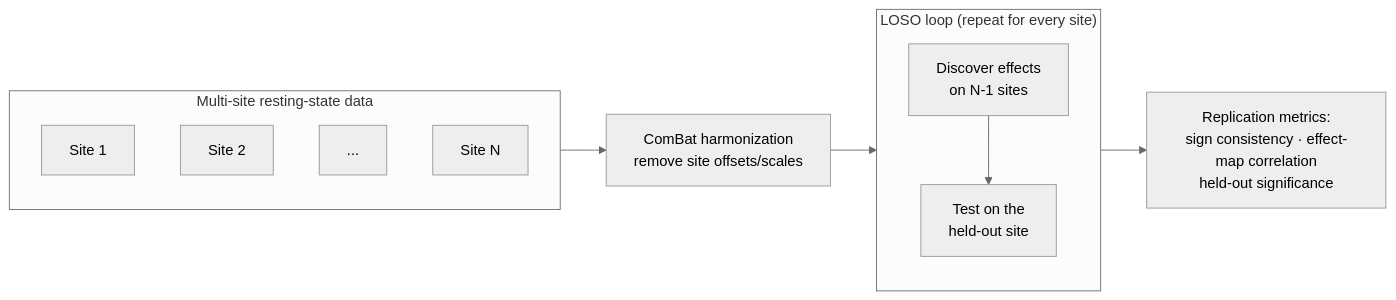
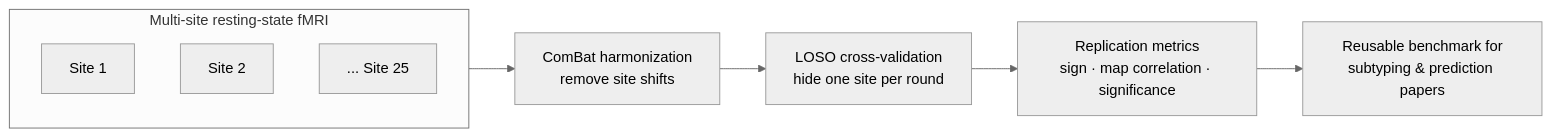
Before and after one commit to hwilner/mdd-subtyping-replication-framework: the first of 4 diagrams in docs/EXTENDED_INTRODUCTION.md, drawn with Mermaid (neutral theme). The commit also changed other lines of this file, not shown here.

Commit message:
Rewrite extended introduction example-first; embed concept figure

````diff
--- a/docs/EXTENDED_INTRODUCTION.md
+++ b/docs/EXTENDED_INTRODUCTION.md
@@ -56,12 +7,10 @@
 ```mermaid
 flowchart LR
-    subgraph Data["Multi-site resting-state data"]
-        S1[Site 1] & S2[Site 2] & S3["..."] & SN[Site N]
+    subgraph D["Multi-site resting-state fMRI"]
+        S1["Site 1"] & S2["Site 2"] & SN["... Site 25"]
     end
-    Data --> CB[ComBat harmonization<br/>remove site offsets/scales]
-    CB --> LOOP
-    subgraph LOOP["LOSO loop (repeat for every site)"]
-        TR[Discover effects<br/>on N-1 sites] --> TS[Test on the<br/>held-out site]
-    end
-    LOOP --> M["Replication metrics:<br/>sign consistency · effect-map correlation<br/>held-out significance"]
+    D --> CB["ComBat harmonization<br/>remove site shifts"]
+    CB --> LV["LOSO cross-validation<br/>hide one site per round"]
+    LV --> RM["Replication metrics<br/>sign · map correlation · significance"]
+    RM --> RB["Reusable benchmark for<br/>subtyping & prediction papers"]
 ```
````
